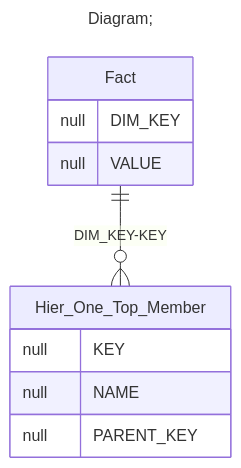
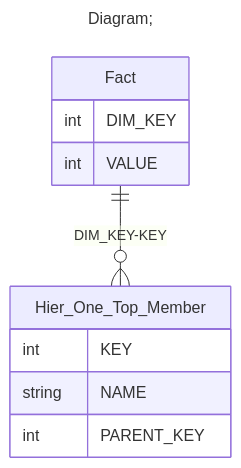
One commit to xmla-services/workground changed the third of 3 diagrams in demo/server/catalogs/min_Level_parentColumn_parent_child_/README.MD. Above: the diagram before and after it, drawn with Mermaid. The commit also changed other lines of this file and 33 other files, not shown here.

````diff
--- a/demo/server/catalogs/min_Level_parentColumn_parent_child_/README.MD
+++ b/demo/server/catalogs/min_Level_parentColumn_parent_child_/README.MD
@@ -87,17 +86,17 @@
 ```mermaid
 ---
 title: Diagram;
 ---
 erDiagram
 Fact{
-null DIM_KEY
-null VALUE
+int DIM_KEY
+int VALUE
 }
 Hier_One_Top_Member{
-null KEY
-null NAME
-null PARENT_KEY
+int KEY
+string NAME
+int PARENT_KEY
 }
 
 "Fact" ||--o{ "Hier_One_Top_Member" : "DIM_KEY-KEY"
 ```
````
